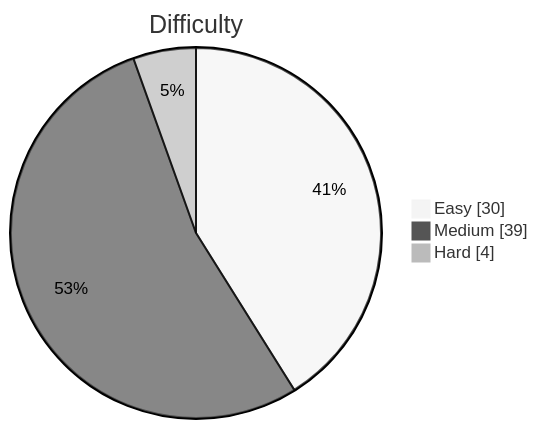
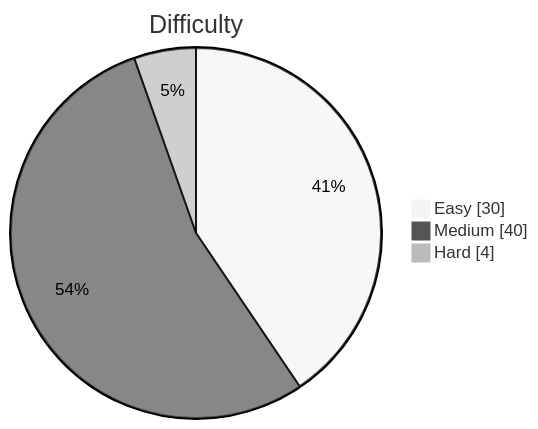
The diagram in README.md (kevstevie/python-algo-practice), drawn with Mermaid (neutral theme) before and after one commit. The commit also changed other lines of this file, not shown here.

````diff
--- a/README.md
+++ b/README.md
@@ -13,7 +13,7 @@
 ```mermaid
 pie showData
     title Difficulty
     "Easy"   : 30
-    "Medium" : 39
+    "Medium" : 40
     "Hard"   : 4
 ```
````
